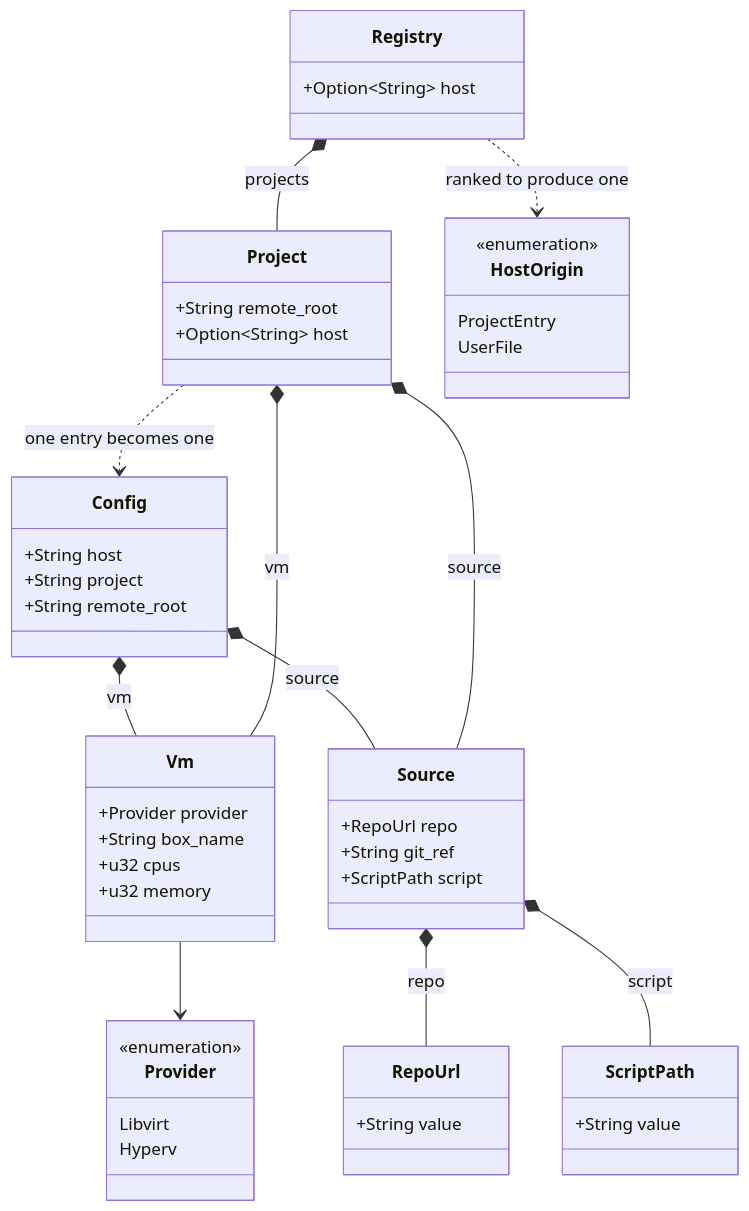
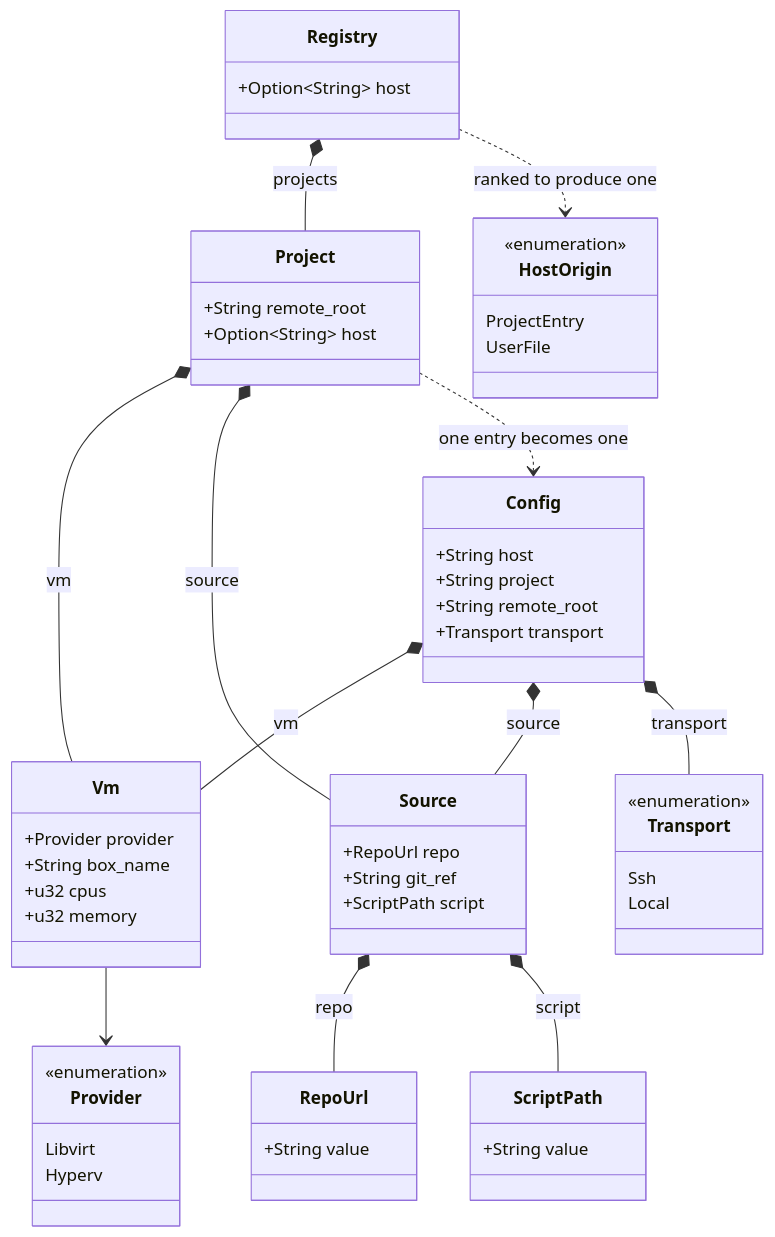
One commit to breki/bombyx changed the third of 6 diagrams in docs/architecture.md. Above: the diagram before and after it, drawn with Mermaid. The commit also changed other lines of this file and 20 other files, not shown here.

````diff
--- a/docs/architecture.md
+++ b/docs/architecture.md
@@ -128,53 +145,60 @@
 ```mermaid
 classDiagram
   class Config {
     +String host
     +String project
     +String remote_root
+    +Transport transport
   }
   class Vm {
     +Provider provider
     +String box_name
     +u32 cpus
     +u32 memory
   }
   class Source {
     +RepoUrl repo
     +String git_ref
     +ScriptPath script
   }
   class RepoUrl {
     +String value
   }
   class ScriptPath {
     +String value
   }
   class Provider {
     <<enumeration>>
     Libvirt
     Hyperv
   }
   class Registry {
     +Option~String~ host
   }
   class Project {
     +String remote_root
     +Option~String~ host
   }
   class HostOrigin {
     <<enumeration>>
     ProjectEntry
     UserFile
   }
+  class Transport {
+    <<enumeration>>
+    Ssh
+    Local
+  }
 
   Config *-- Vm : vm
   Config *-- Source : source
+  Config *-- Transport : transport
   Registry *-- Project : projects
   Project *-- Vm : vm
   Project *-- Source : source
   Project ..> Config : one entry becomes one
   Vm --> Provider
   Source *-- RepoUrl : repo
   Source *-- ScriptPath : script
   Registry ..> HostOrigin : ranked to produce one
 ```
````
